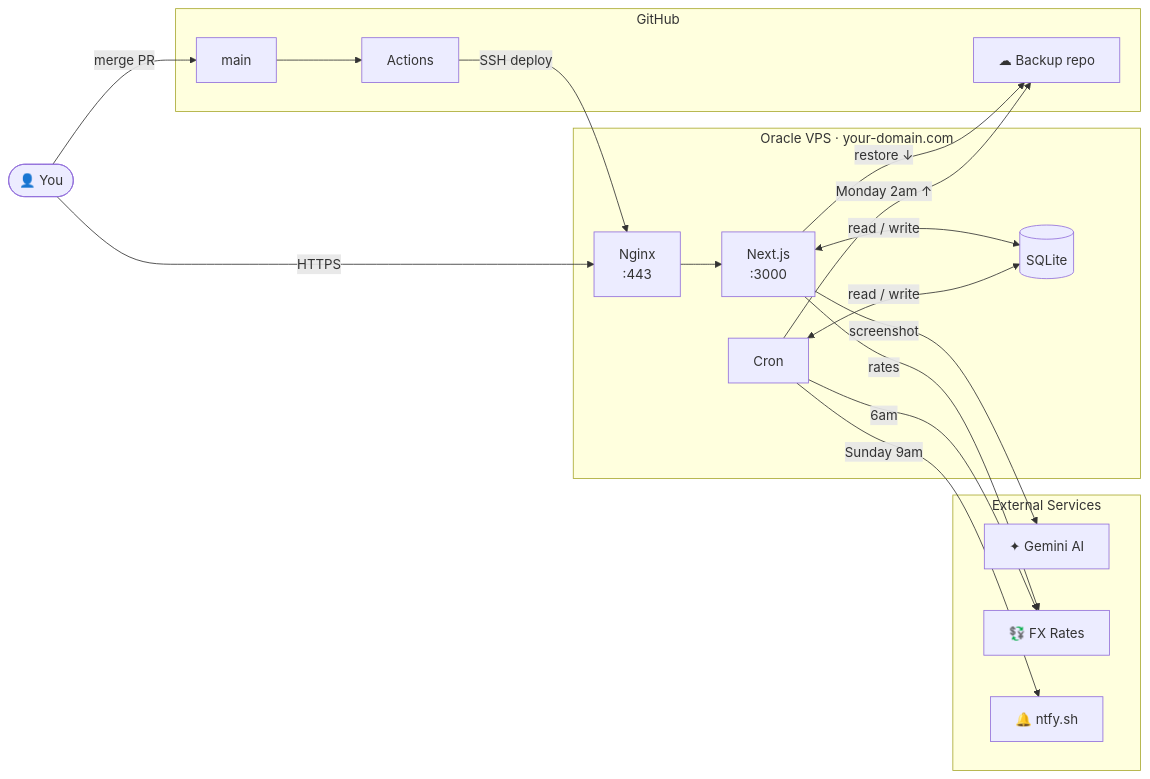
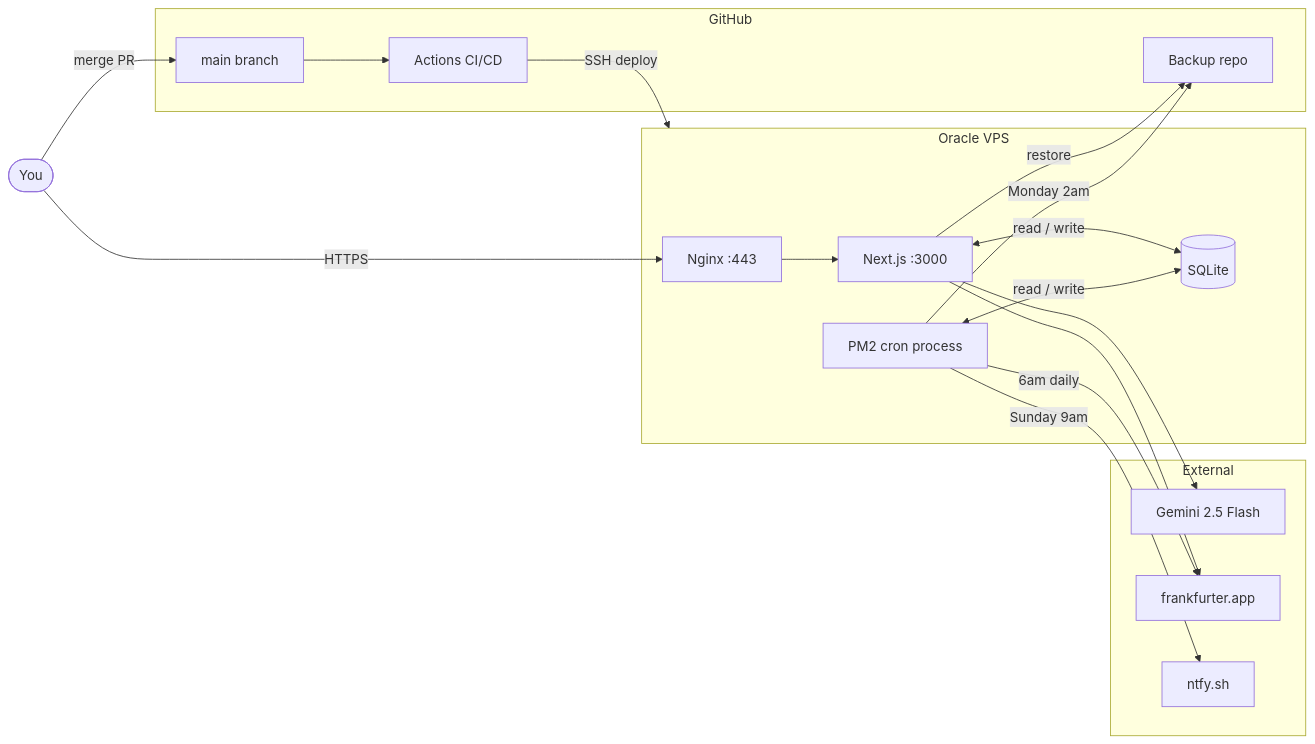
Before and after one commit to gdevsing/Vaulted: the diagram in ARCHITECTURE.md, drawn with Mermaid. The commit also changed other lines of this file, not shown here.

Commit message:
docs: refactor ARCHITECTURE — consistent section format, complete settings table

````diff
--- a/ARCHITECTURE.md
+++ b/ARCHITECTURE.md
@@ -5,37 +7,37 @@
 ```mermaid
 flowchart LR
-    You(["👤 You"])
+    You(["You"])
 
     subgraph GH["GitHub"]
-        main["main"]
-        Actions["Actions"]
-        Backup["☁ Backup repo"]
+        main["main branch"]
+        Actions["Actions CI/CD"]
+        Backup["Backup repo"]
     end
 
-    subgraph VPS["Oracle VPS · your-domain.com"]
-        Nginx["Nginx\n:443"]
-        Next["Next.js\n:3000"]
-        Cron["Cron"]
+    subgraph VPS["Oracle VPS"]
+        Nginx["Nginx :443"]
+        Next["Next.js :3000"]
+        Cron["PM2 cron process"]
         DB[("SQLite")]
     end
 
-    subgraph Ext["External Services"]
-        Gemini["✦ Gemini AI"]
-        FX["💱 FX Rates"]
-        Ntfy["🔔 ntfy.sh"]
+    subgraph Ext["External"]
+        Gemini["Gemini 2.5 Flash"]
+        FX["frankfurter.app"]
+        Ntfy["ntfy.sh"]
     end
 
+    You -->|"HTTPS"| Nginx
     You -->|"merge PR"| main
-    You -->|"HTTPS"| Nginx
     main --> Actions
-    Actions -->|"SSH deploy"| Nginx
+    Actions -->|"SSH deploy"| VPS
     Nginx --> Next
     Next <-->|"read / write"| DB
     Cron <-->|"read / write"| DB
-    Next -->|"screenshot"| Gemini
-    Next -->|"rates"| FX
-    Next -->|"restore ↓"| Backup
-    Cron -->|"6am"| FX
+    Next --> Gemini
+    Next --> FX
+    Next -->|"restore"| Backup
+    Cron -->|"6am daily"| FX
     Cron -->|"Sunday 9am"| Ntfy
-    Cron -->|"Monday 2am ↑"| Backup
+    Cron -->|"Monday 2am"| Backup
 ```
````
